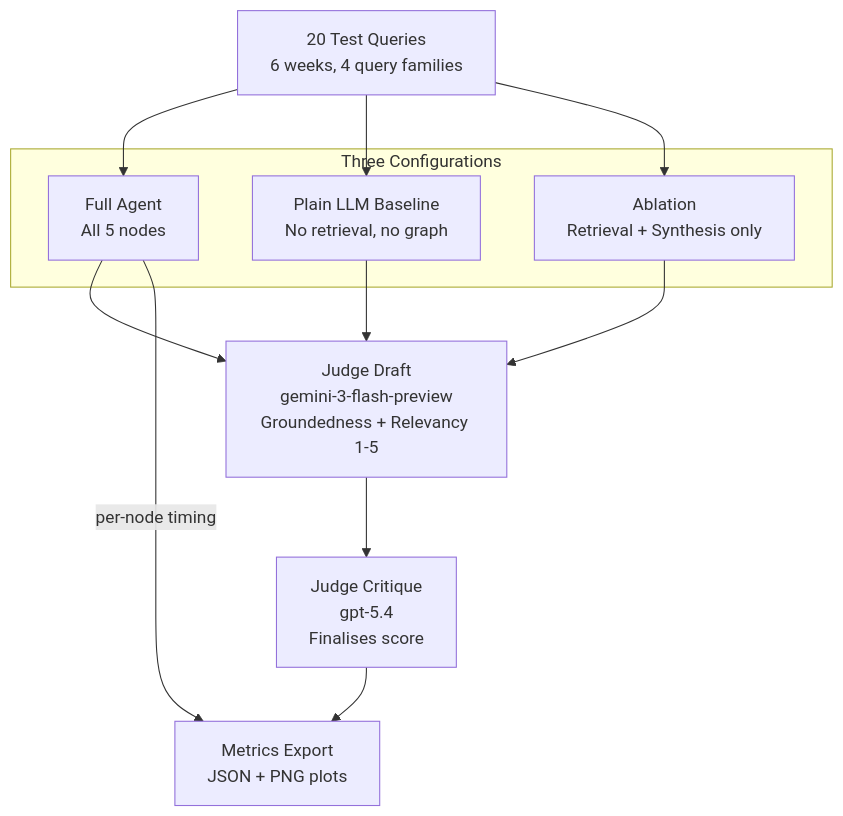
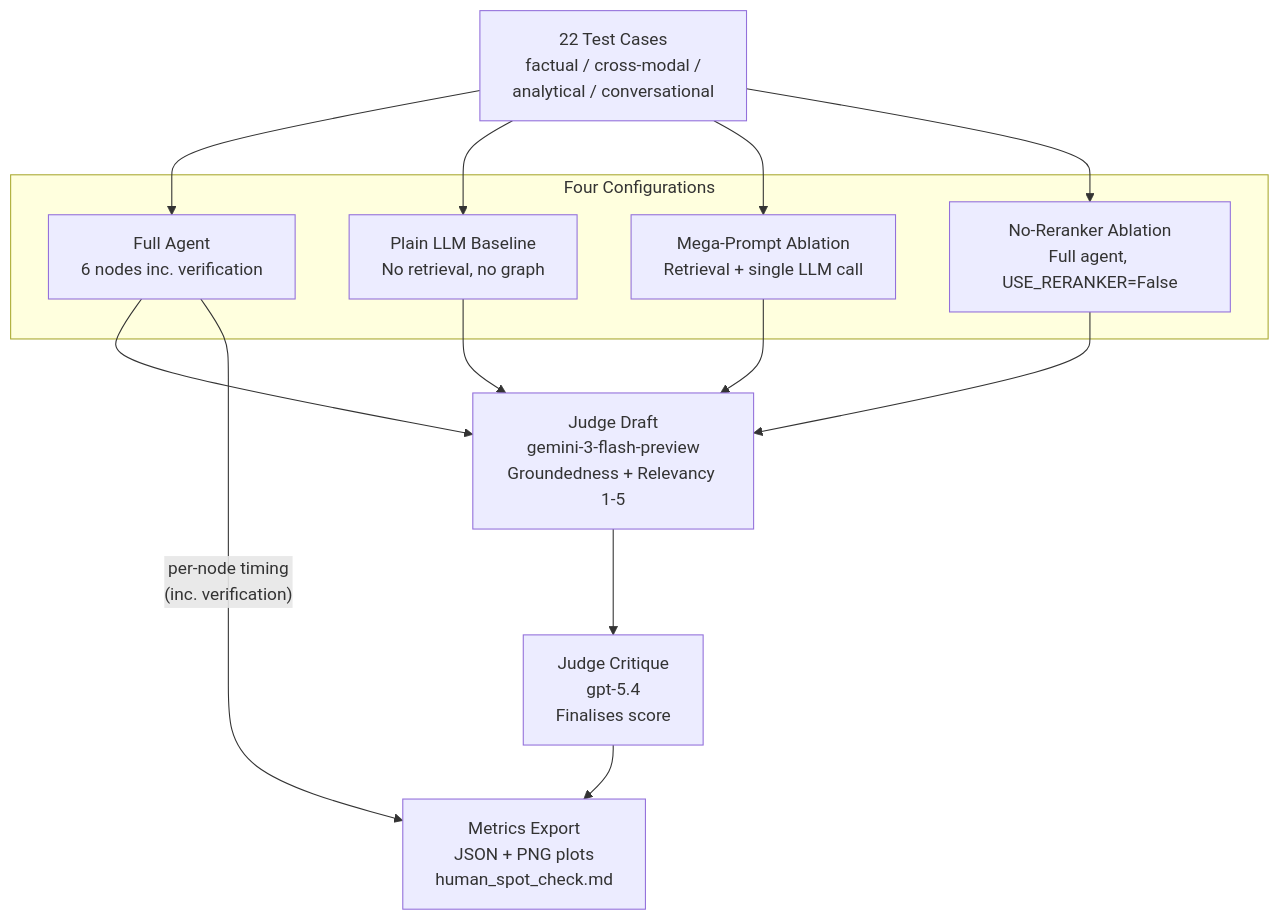
One commit to ZainAlSaffi-Dev/ashGPT changed the sixth of 6 diagrams in docs/architecture.md. Above: the diagram before and after it, drawn with Mermaid. The commit also changed other lines of this file and 12 other files, not shown here.

````diff
--- a/docs/architecture.md
+++ b/docs/architecture.md
@@ -150,21 +176,24 @@
 ```mermaid
 graph TD
-    subgraph configs ["Three Configurations"]
-        Agent["Full Agent\nAll 5 nodes"]
+    subgraph configs ["Four Configurations"]
+        Agent["Full Agent\n6 nodes inc. verification"]
         Baseline["Plain LLM Baseline\nNo retrieval, no graph"]
-        Ablation["Ablation\nRetrieval + Synthesis only"]
+        Mega["Mega-Prompt Ablation\nRetrieval + single LLM call"]
+        NoRR["No-Reranker Ablation\nFull agent, USE_RERANKER=False"]
     end
 
-    TestQueries["20 Test Queries\n6 weeks, 4 query families"] --> Agent
+    TestQueries["22 Test Cases\nfactual / cross-modal /\nanalytical / conversational"] --> Agent
     TestQueries --> Baseline
-    TestQueries --> Ablation
+    TestQueries --> Mega
+    TestQueries --> NoRR
 
     Agent --> DraftJudge["Judge Draft\ngemini-3-flash-preview\nGroundedness + Relevancy 1-5"]
     Baseline --> DraftJudge
-    Ablation --> DraftJudge
+    Mega --> DraftJudge
+    NoRR --> DraftJudge
 
     DraftJudge --> CritiqueJudge["Judge Critique\ngpt-5.4\nFinalises score"]
 
-    CritiqueJudge --> Metrics["Metrics Export\nJSON + PNG plots"]
-    Agent -->|"per-node timing"| Metrics
+    CritiqueJudge --> Metrics["Metrics Export\nJSON + PNG plots\nhuman_spot_check.md"]
+    Agent -->|"per-node timing\n(inc. verification)"| Metrics
 ```
````
